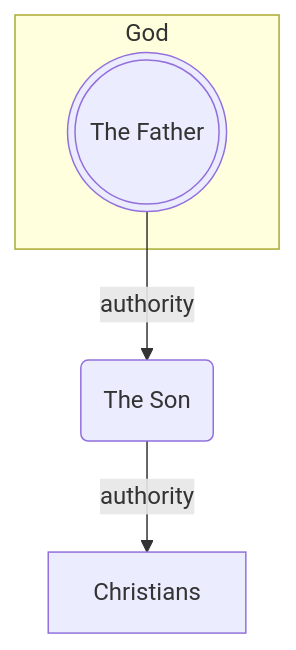
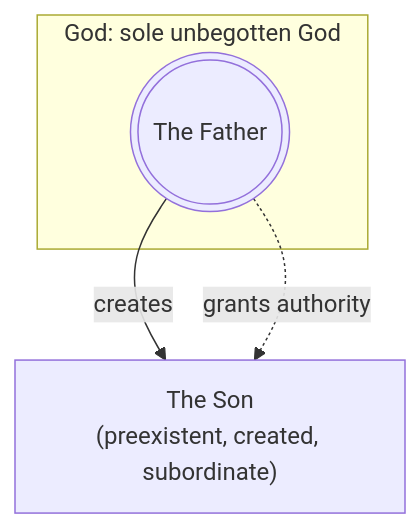
Before and after one commit to life-and-dev/son: the fifth of 7 diagrams in trinity.md, drawn with Mermaid. The commit also changed other lines of this file and 1 other file, not shown here.

````diff
--- a/trinity.md
+++ b/trinity.md
@@ -189,8 +184,8 @@
 ```mermaid
 graph TD
-    subgraph God
+    subgraph God["God: sole unbegotten God"]
         Father(((The Father)))
     end
-    Father -- authority --> Christ(The Son)
-    Christ -- authority --> Christians
+    Father -->|"creates"| Christ["The Son\n(preexistent, created, subordinate)"]
+    Father -.->|"grants authority"| Christ
 ```
````
